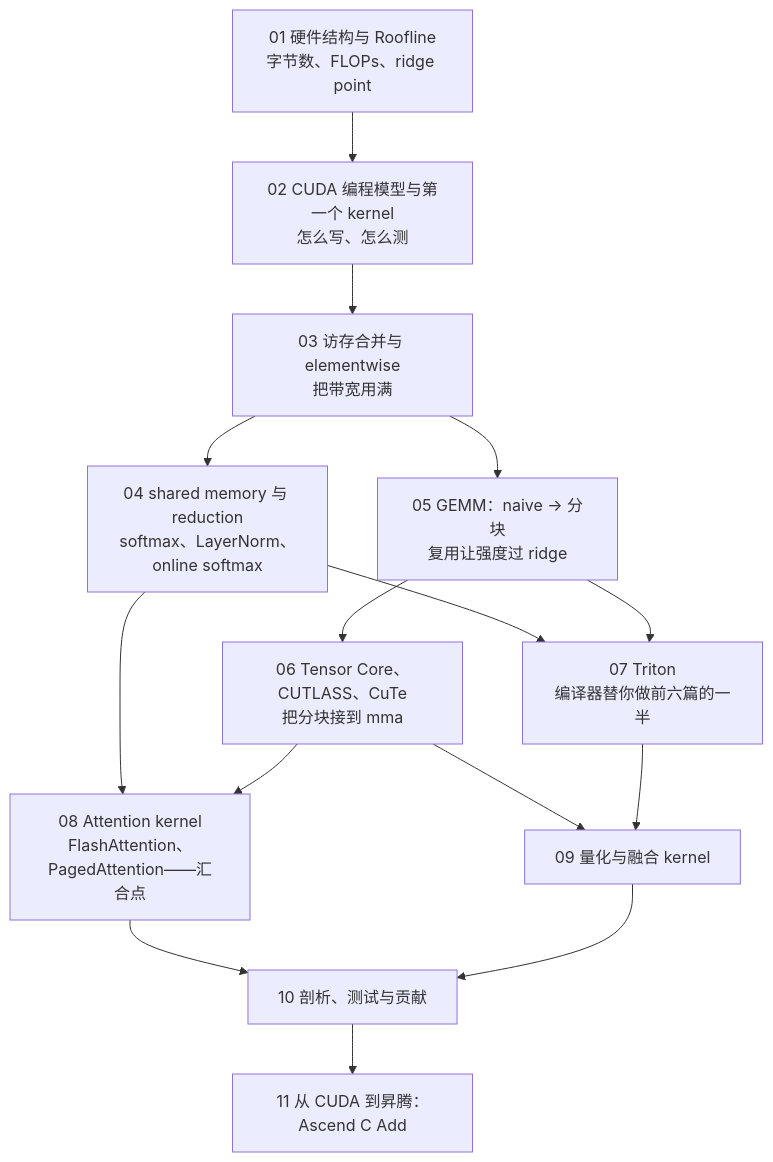
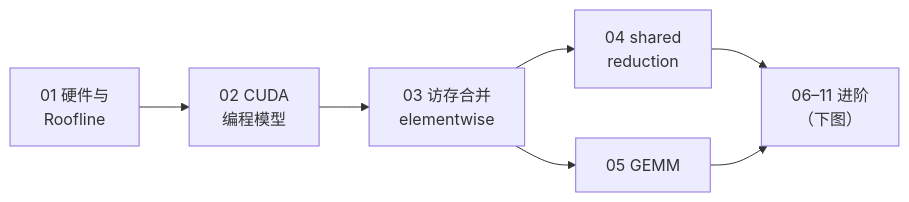
One commit to arganzheng/arganzheng.github.com changed the first of 4 diagrams in slides/2026-05-20-gpu-kernel-engineering.md. Above: the diagram before and after it, drawn with Mermaid. The commit also changed other lines of this file, not shown here.

Commit message:
slides(2026-05-20-gpu-kernel-engineering): 图内文字 ≥14px——标签缩短/拆分/Unicode 数学

````diff
--- a/slides/2026-05-20-gpu-kernel-engineering.md
+++ b/slides/2026-05-20-gpu-kernel-engineering.md
@@ -36,15 +36,8 @@
 ```mermaid
 %% 图：CUDA 主线与 Ascend C 独立对照的十一篇路径
 %%{init: {"flowchart": {"wrappingWidth": 180}}}%%
-flowchart TB
-    G1["01 硬件结构与 Roofline<br/>字节数、FLOPs、ridge point"] --> G2["02 CUDA 编程模型与第一个 kernel<br/>怎么写、怎么测"]
-    G2 --> G3["03 访存合并与 elementwise<br/>把带宽用满"]
-    G3 --> G4["04 shared memory 与 reduction<br/>softmax、LayerNorm、online softmax"]
-    G3 --> G5["05 GEMM：naive → 分块<br/>复用让强度过 ridge"]
-    G5 --> G6["06 Tensor Core、CUTLASS、CuTe<br/>把分块接到 mma"]
-    G4 & G5 --> G7["07 Triton<br/>编译器替你做前六篇的一半"]
-    G4 & G6 --> G8["08 Attention kernel<br/>FlashAttention、PagedAttention——汇合点"]
-    G6 & G7 --> G9["09 量化与融合 kernel"]
-    G8 & G9 --> G10["10 剖析、测试与贡献"]
-    G10 --> G11["11 从 CUDA 到昇腾：Ascend C Add"]
+flowchart LR
+    G1["01 硬件与<br/>Roofline"] --> G2["02 CUDA<br/>编程模型"] --> G3["03 访存合并<br/>elementwise"]
+    G3 --> G4["04 shared<br/>reduction"] & G5["05 GEMM"]
+    G4 & G5 --> NX["06–11 进阶<br/>（下图）"]
 ```
````
